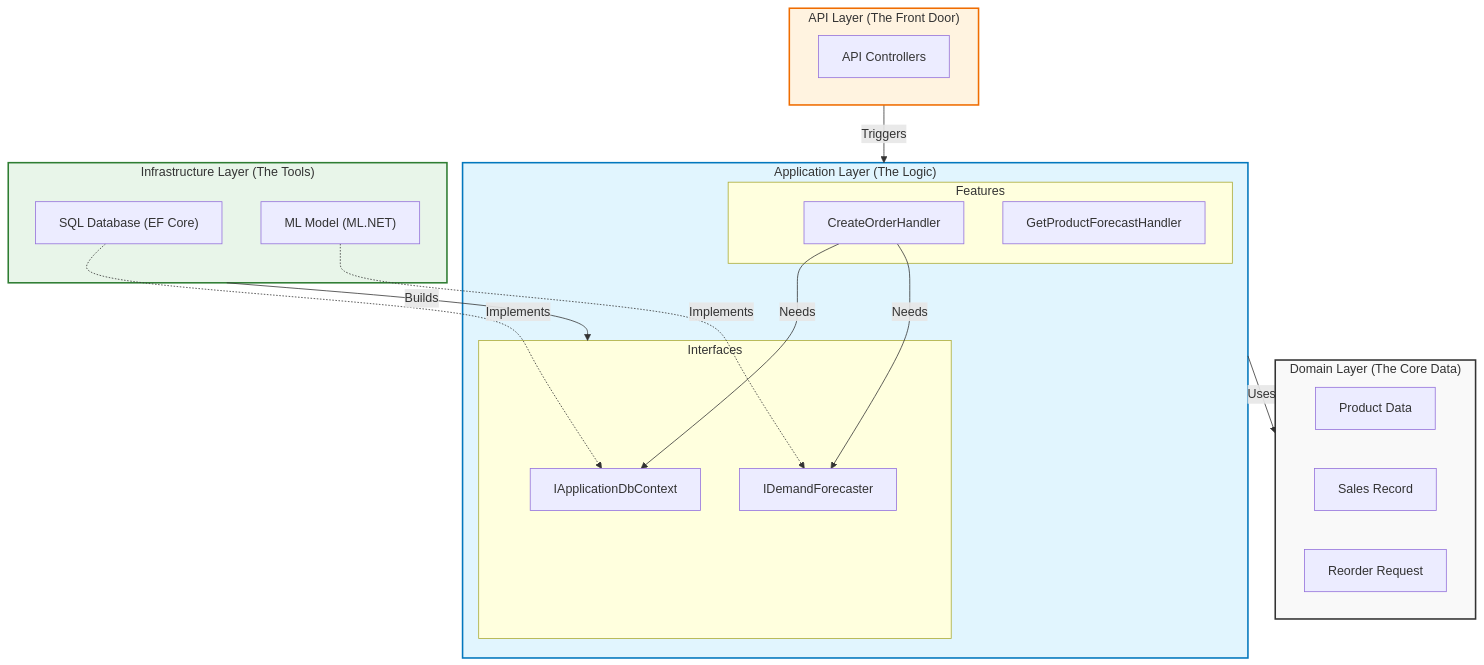
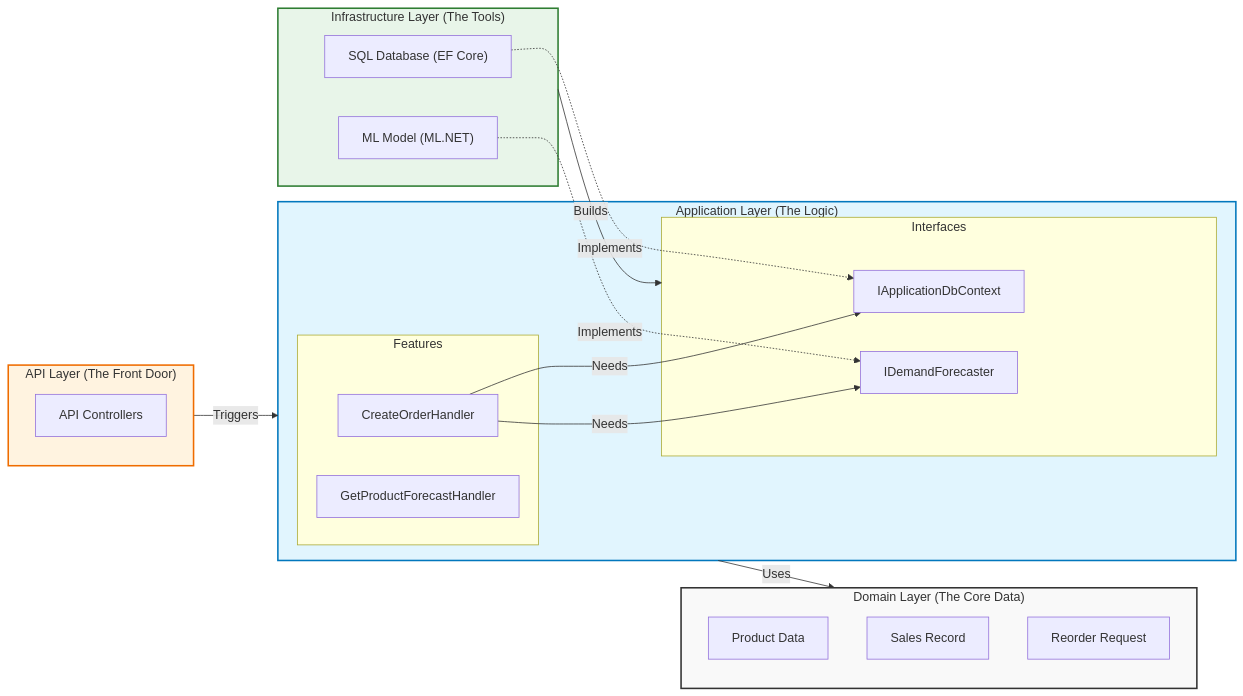
Before and after one commit to austinchima/MySupplyChain: the diagram in README.md, drawn with Mermaid.

Commit message:
Change graph direction from TD to LR in README

````diff
--- a/README.md
+++ b/README.md
@@ -39,45 +39,45 @@
 ```mermaid
-graph TD
+graph LR
     %% Core Layer: Domain
     subgraph Domain ["Domain Layer (The Core Data)"]
         style Domain fill:#f9f9f9,stroke:#333,stroke-width:2px
         product[Product Data]
         sales[Sales Record]
         reorder[Reorder Request]
     end
 
     %% Business Logic Layer: Application
     subgraph Application ["Application Layer (The Logic)"]
         style Application fill:#e1f5fe,stroke:#0277bd,stroke-width:2px
         subgraph Interfaces ["Interfaces"]
             idb[IApplicationDbContext]
             iml[IDemandForecaster]
         end
         subgraph Features ["Features"]
             createOrder[CreateOrderHandler]
             getForecast[GetProductForecastHandler]
         end
     end
 
     %% External Concerns Layer: Infrastructure
     subgraph Infrastructure ["Infrastructure Layer (The Tools)"]
         style Infrastructure fill:#e8f5e9,stroke:#2e7d32,stroke-width:2px
         dbContext["SQL Database (EF Core)"]
         mlService["ML Model (ML.NET)"]
     end
 
     %% Entry Point: API
     subgraph API ["API Layer (The Front Door)"]
         style API fill:#fff3e0,stroke:#ef6c00,stroke-width:2px
         controllers["API Controllers"]
     end
 
     %% Data Flow
     API -->|Triggers| Application
     Application -->|Uses| Domain
     Infrastructure -->|Builds| Interfaces
     createOrder -->|Needs| idb
     createOrder -->|Needs| iml
     dbContext -.->|Implements| idb
     mlService -.->|Implements| iml
 ```
````
